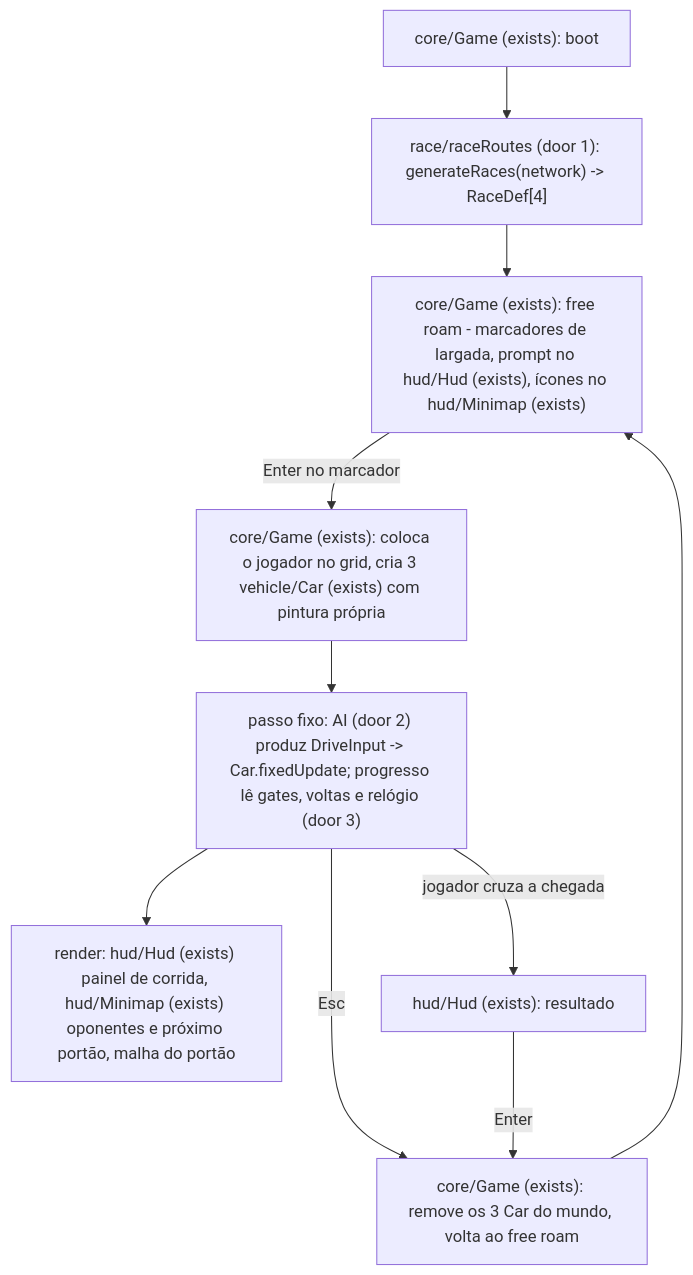
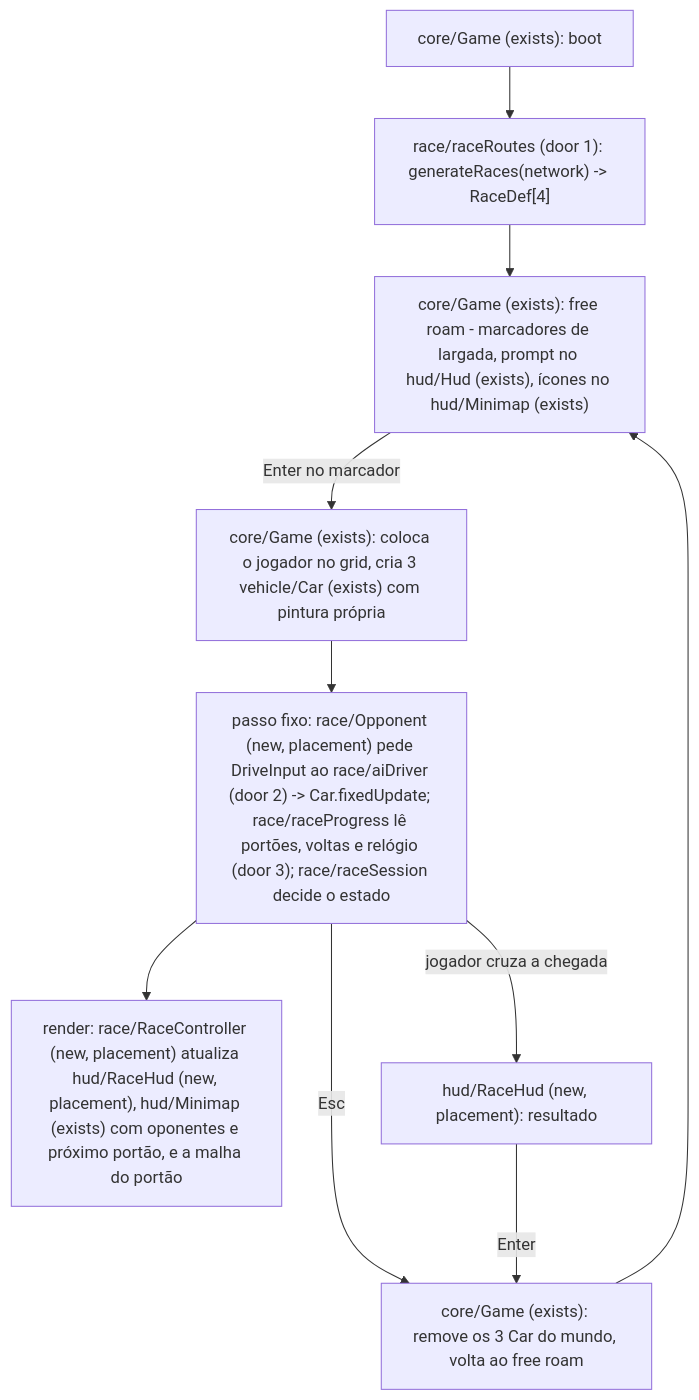
One commit to arthuurw/forzion.tech-game-nfs changed the diagram in .specs/features/races/plan.md. Above: the diagram before and after it, drawn with Mermaid. The commit also changed other lines of this file and 12 other files, not shown here.

First line of the commit message:
feat(race): races in the city with hud, minimap and opponents

````diff
--- a/.specs/features/races/plan.md
+++ b/.specs/features/races/plan.md
@@ -27,12 +27,12 @@
 ```mermaid
 flowchart TD
     BOOT["core/Game (exists): boot"] --> GEN["race/raceRoutes (door 1): generateRaces(network) -> RaceDef[4]"]
     GEN --> FREE["core/Game (exists): free roam - marcadores de largada, prompt no hud/Hud (exists), ícones no hud/Minimap (exists)"]
     FREE -->|Enter no marcador| START["core/Game (exists): coloca o jogador no grid, cria 3 vehicle/Car (exists) com pintura própria"]
-    START --> STEP["passo fixo: AI (door 2) produz DriveInput -> Car.fixedUpdate; progresso lê gates, voltas e relógio (door 3)"]
-    STEP --> RENDER["render: hud/Hud (exists) painel de corrida, hud/Minimap (exists) oponentes e próximo portão, malha do portão"]
-    STEP -->|jogador cruza a chegada| RESULT["hud/Hud (exists): resultado"]
+    START --> STEP["passo fixo: race/Opponent (new, placement) pede DriveInput ao race/aiDriver (door 2) -> Car.fixedUpdate; race/raceProgress lê portões, voltas e relógio (door 3); race/raceSession decide o estado"]
+    STEP --> RENDER["render: race/RaceController (new, placement) atualiza hud/RaceHud (new, placement), hud/Minimap (exists) com oponentes e próximo portão, e a malha do portão"]
+    STEP -->|jogador cruza a chegada| RESULT["hud/RaceHud (new, placement): resultado"]
     STEP -->|Esc| END
     RESULT -->|Enter| END["core/Game (exists): remove os 3 Car do mundo, volta ao free roam"]
     END --> FREE
 ```
````
